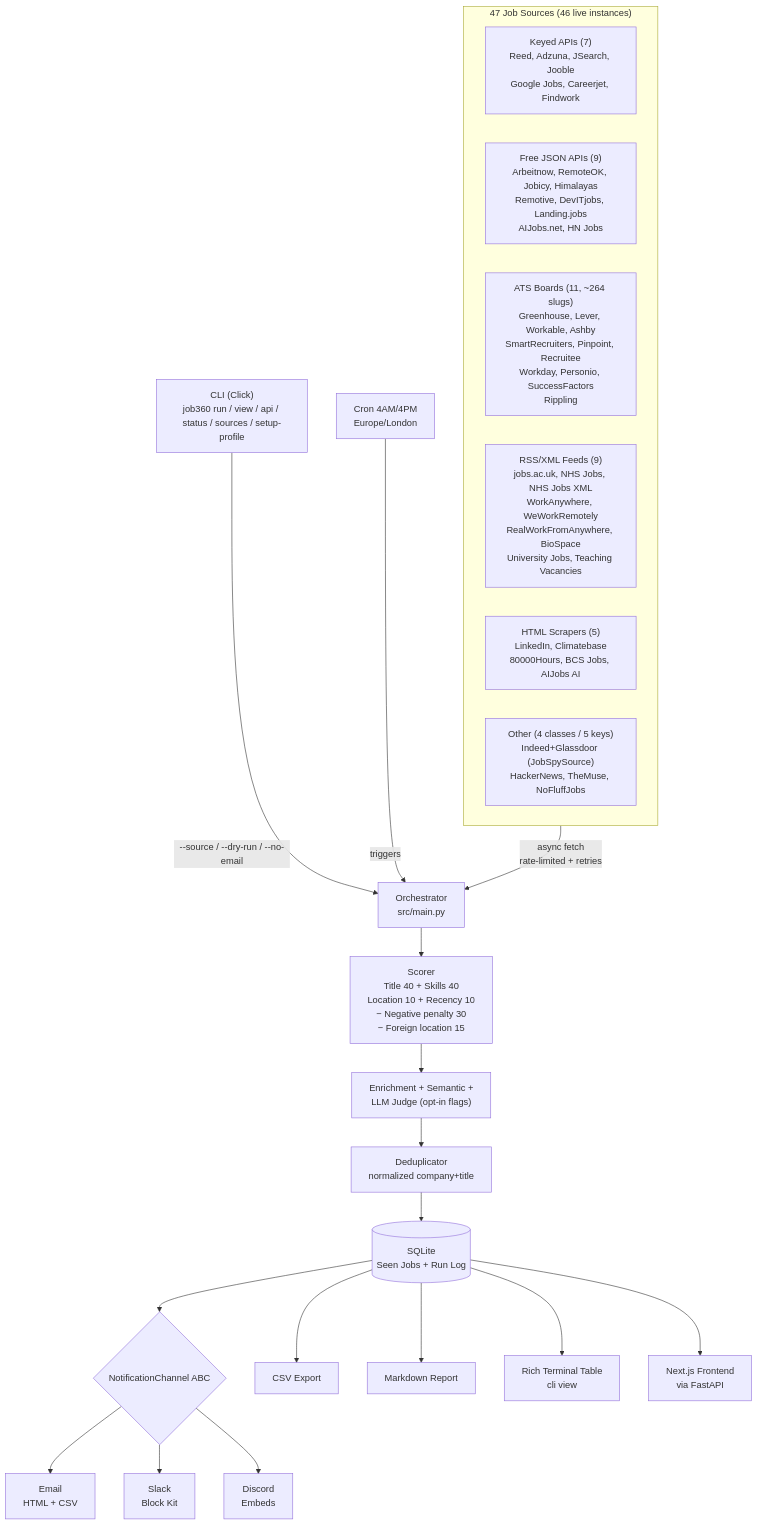
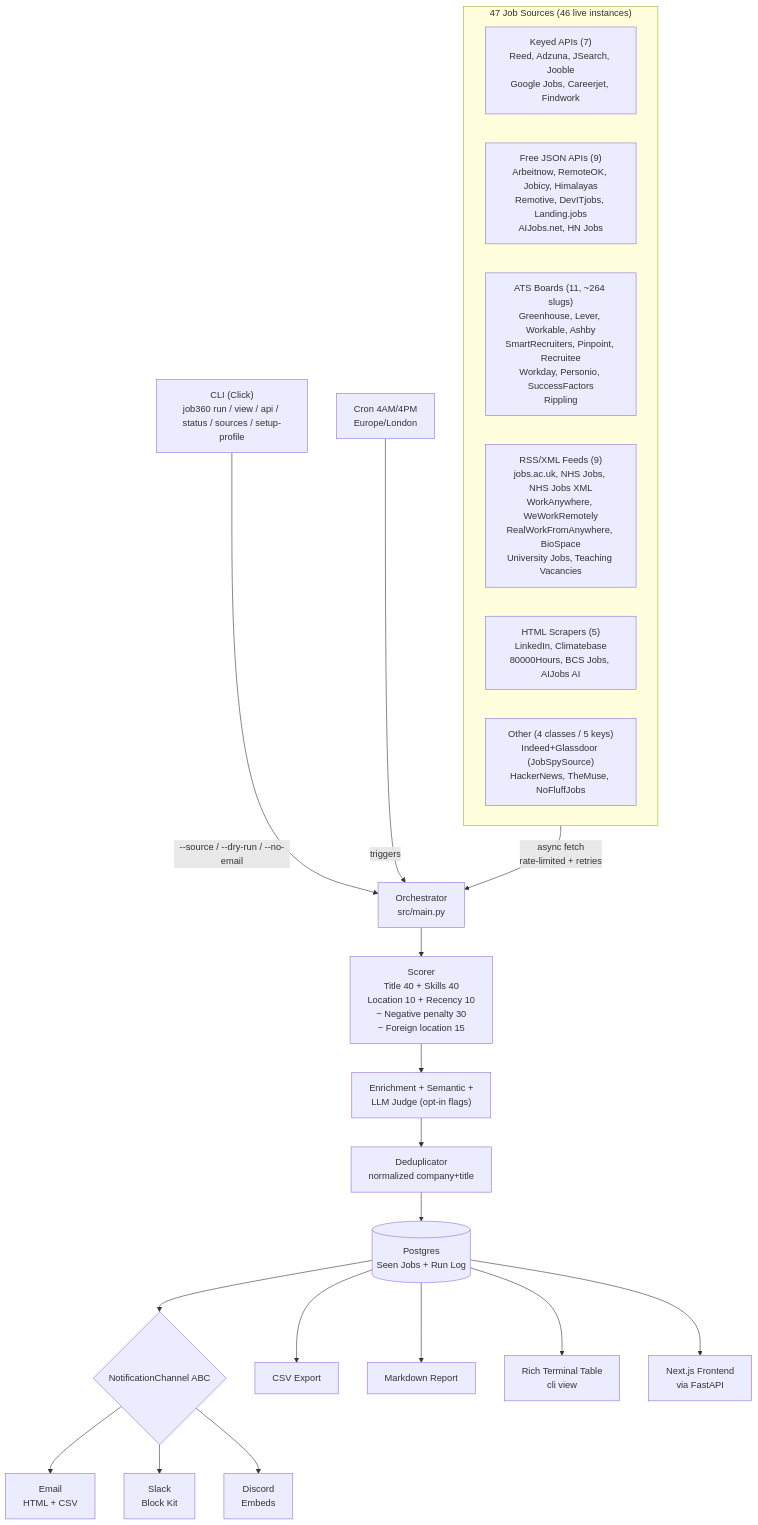
One commit to Ranjith36963/job360 changed the diagram in README.md. Above: the diagram before and after it, drawn with Mermaid. The commit also changed other lines of this file and 4 other files, not shown here.

First line of the commit message:
docs(sync): update stale facts — Postgres (not SQLite), OpenAI-primary LLM chain, 1712 tests, 25 migrations, 70 endpoints, tailoring/skill_gap/llm_curate

````diff
--- a/README.md
+++ b/README.md
@@ -15,33 +15,33 @@
 ```mermaid
 flowchart TD
     CLI["CLI (Click)\njob360 run / view / api / status / sources / setup-profile"]
     Cron["Cron 4AM/4PM\nEurope/London"]
 
     subgraph Sources["47 Job Sources (46 live instances)"]
         direction LR
         KeyedAPIs["Keyed APIs (7)\nReed, Adzuna, JSearch, Jooble\nGoogle Jobs, Careerjet, Findwork"]
         FreeJSON["Free JSON APIs (9)\nArbeitnow, RemoteOK, Jobicy, Himalayas\nRemotive, DevITjobs, Landing.jobs\nAIJobs.net, HN Jobs"]
         ATSBoards["ATS Boards (11, ~264 slugs)\nGreenhouse, Lever, Workable, Ashby\nSmartRecruiters, Pinpoint, Recruitee\nWorkday, Personio, SuccessFactors\nRippling"]
         RSSFeeds["RSS/XML Feeds (9)\njobs.ac.uk, NHS Jobs, NHS Jobs XML\nWorkAnywhere, WeWorkRemotely\nRealWorkFromAnywhere, BioSpace\nUniversity Jobs, Teaching Vacancies"]
         HTMLScrapers["HTML Scrapers (5)\nLinkedIn, Climatebase\n80000Hours, BCS Jobs, AIJobs AI"]
         OtherSources["Other (4 classes / 5 keys)\nIndeed+Glassdoor (JobSpySource)\nHackerNews, TheMuse, NoFluffJobs"]
     end
 
     CLI -->|"--source / --dry-run / --no-email"| Orchestrator["Orchestrator\nsrc/main.py"]
     Cron -->|triggers| Orchestrator
     Sources -->|async fetch\nrate-limited + retries| Orchestrator
     Orchestrator --> Scorer["Scorer\nTitle 40 + Skills 40\nLocation 10 + Recency 10\n− Negative penalty 30\n− Foreign location 15"]
     Scorer --> OptEngines["Enrichment + Semantic +\nLLM Judge (opt-in flags)"]
     OptEngines --> Dedup[Deduplicator\nnormalized company+title]
-    Dedup --> DB[(SQLite\nSeen Jobs + Run Log)]
+    Dedup --> DB[(Postgres\nSeen Jobs + Run Log)]
 
     DB --> Channels{NotificationChannel ABC}
     Channels --> Email[Email\nHTML + CSV]
     Channels --> Slack[Slack\nBlock Kit]
     Channels --> Discord[Discord\nEmbeds]
 
     DB --> CSV[CSV Export]
     DB --> Report[Markdown Report]
     DB --> RichTable[Rich Terminal Table\ncli view]
     DB --> NextJS[Next.js Frontend\nvia FastAPI]
 ```
````
